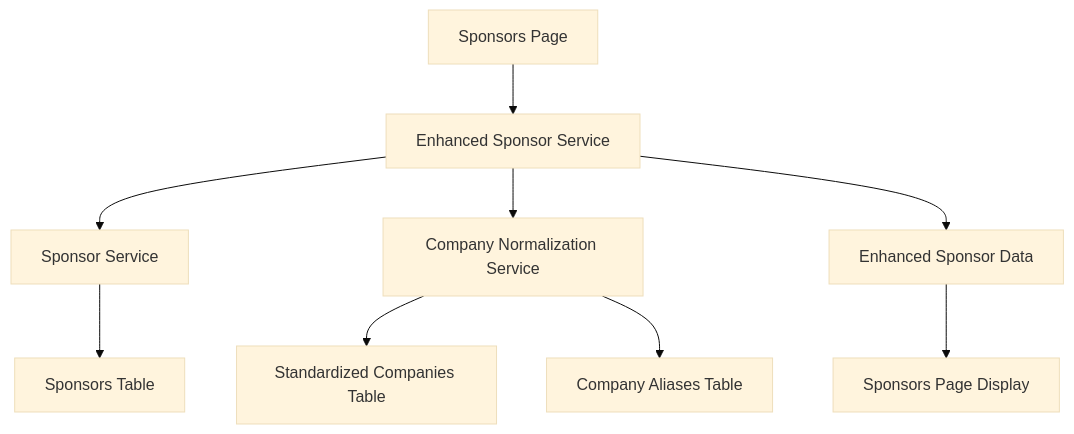
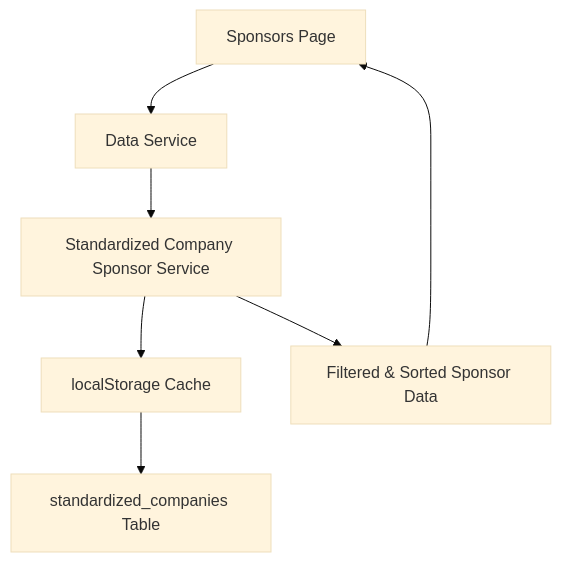
Before and after one commit to niozzo/KN-React-App: the diagram in docs/architecture/standardized-company-integration.md, drawn with Mermaid (base theme). The commit also changed other lines of this file, not shown here.

First line of the commit message:
docs(sponsors): update architecture documentation for v2.0

````diff
--- a/docs/architecture/standardized-company-integration.md
+++ b/docs/architecture/standardized-company-integration.md
@@ -15,11 +16,9 @@
 ```mermaid
 graph TD
-    A[Sponsors Page] --> B[Enhanced Sponsor Service]
-    B --> C[Sponsor Service]
-    B --> D[Company Normalization Service]
-    C --> E[Sponsors Table]
-    D --> F[Standardized Companies Table]
-    D --> G[Company Aliases Table]
-    B --> H[Enhanced Sponsor Data]
-    H --> I[Sponsors Page Display]
+    A[Sponsors Page] --> B[Data Service]
+    B --> C[Standardized Company Sponsor Service]
+    C --> D[localStorage Cache]
+    D --> E[standardized_companies Table]
+    C --> F[Filtered & Sorted Sponsor Data]
+    F --> A
 ```
````
